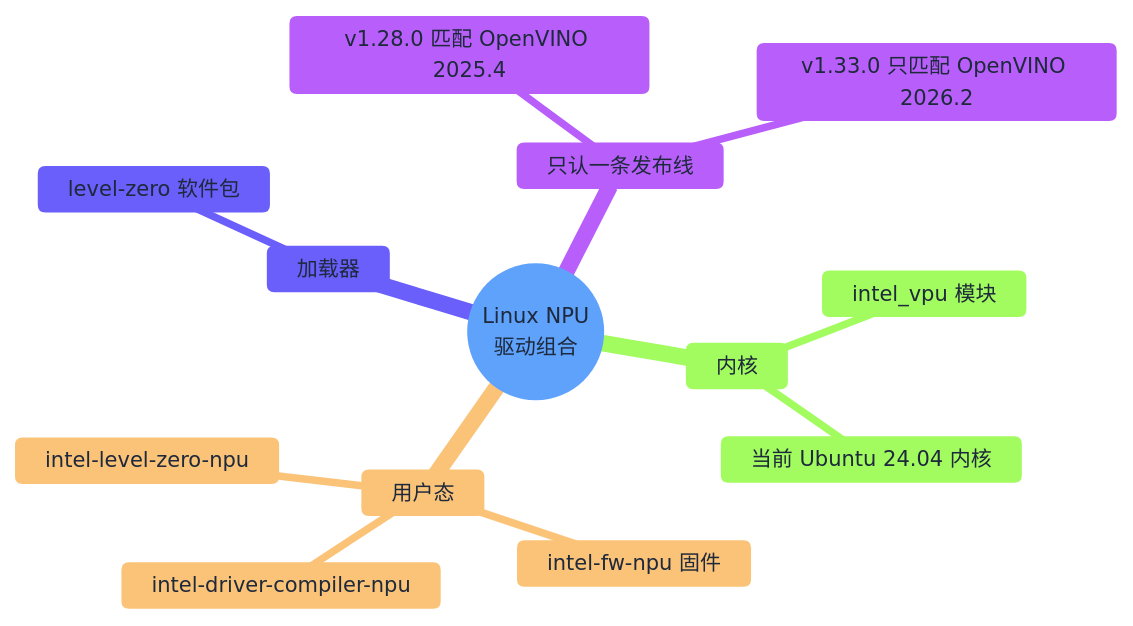
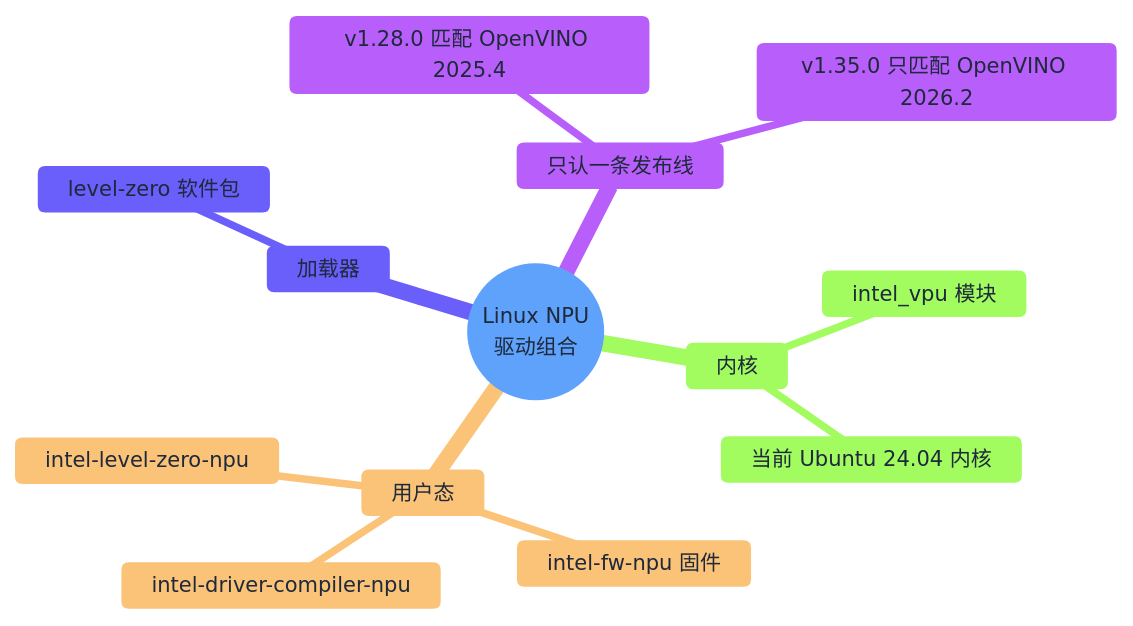
Before and after one commit to DakeQQ/Tutorial-ONNX-Runtime-Execution-Providers: the fifth of 6 diagrams in Intel/README.zh-CN.md, drawn with Mermaid. The commit also changed other lines of this file and 42 other files, not shown here.

````diff
--- a/Intel/README.zh-CN.md
+++ b/Intel/README.zh-CN.md
@@ -300,17 +302,17 @@
 ```mermaid
 %%{init: {"theme":"base","themeVariables":{"fontSize":"14px","primaryColor":"#dbeafe","primaryTextColor":"#1e293b","primaryBorderColor":"#3b82f6","lineColor":"#94a3b8"},"themeCSS":".mindmap-node text{fill:#1e293b !important;} .mindmap-node span{color:#1e293b !important;}"}}%%
 mindmap
   root((Linux NPU<br/>驱动组合))
     内核
       intel_vpu 模块
       当前 Ubuntu 24.04 内核
     用户态
       intel-driver-compiler-npu
       intel-fw-npu 固件
       intel-level-zero-npu
     加载器
       level-zero 软件包
     只认一条发布线
       v1.28.0 匹配 OpenVINO 2025.4
-      v1.33.0 只匹配 OpenVINO 2026.2
+      v1.35.0 只匹配 OpenVINO 2026.2
 ```
````
